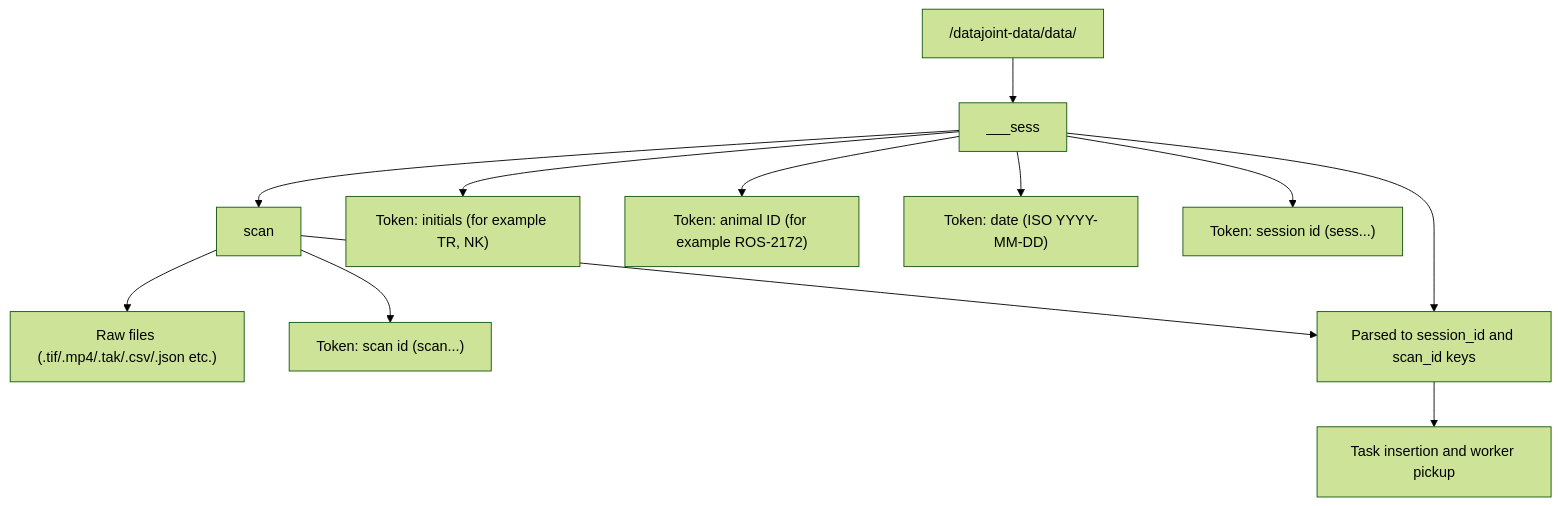
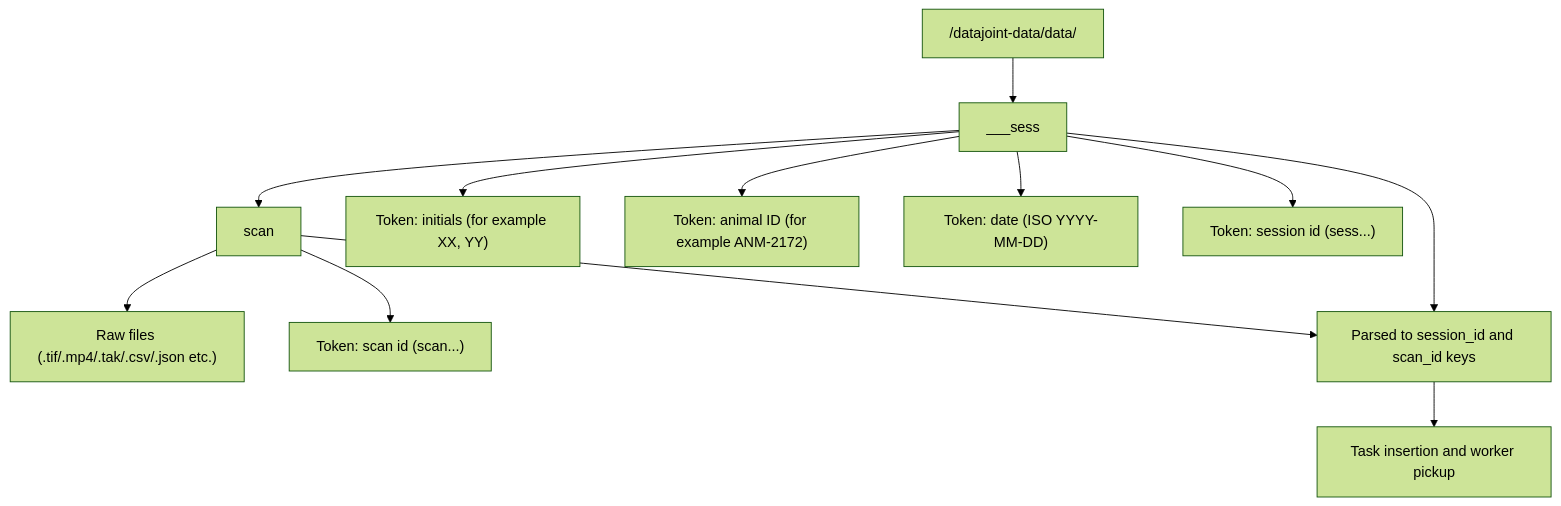
One commit to trose-neuro/adamacs_documentation changed the second of 2 diagrams in docs/infrastructure/architecture.md. Above: the diagram before and after it, drawn with Mermaid (forest theme). The commit also changed other lines of this file and 24 other files, not shown here.

````diff
--- a/docs/infrastructure/architecture.md
+++ b/docs/infrastructure/architecture.md
@@ -123,26 +123,26 @@
 ```{mermaid}
 flowchart TB
     ROOT["/datajoint-data/data/<username>"]
     SESS["<INITIALS>_<ANIMALID>_<YYYY-MM-DD>_sess<SESSIONID>"]
     SCAN["scan<SCANID>"]
     RAW["Raw files (.tif/.mp4/.tak/.csv/.json etc.)"]
-    TOK1["Token: initials (for example TR, NK)"]
-    TOK2["Token: animal ID (for example ROS-2172)"]
+    TOK1["Token: initials (for example XX, YY)"]
+    TOK2["Token: animal ID (for example ANM-2172)"]
     TOK3["Token: date (ISO YYYY-MM-DD)"]
     TOK4["Token: session id (sess...)"]
     TOK5["Token: scan id (scan...)"]
     META["Parsed to session_id and scan_id keys"]
     TASK["Task insertion and worker pickup"]
 
     ROOT --> SESS
     SESS --> SCAN
     SCAN --> RAW
     SESS --> TOK1
     SESS --> TOK2
     SESS --> TOK3
     SESS --> TOK4
     SCAN --> TOK5
     SESS --> META
     SCAN --> META
     META --> TASK
 ```
````
